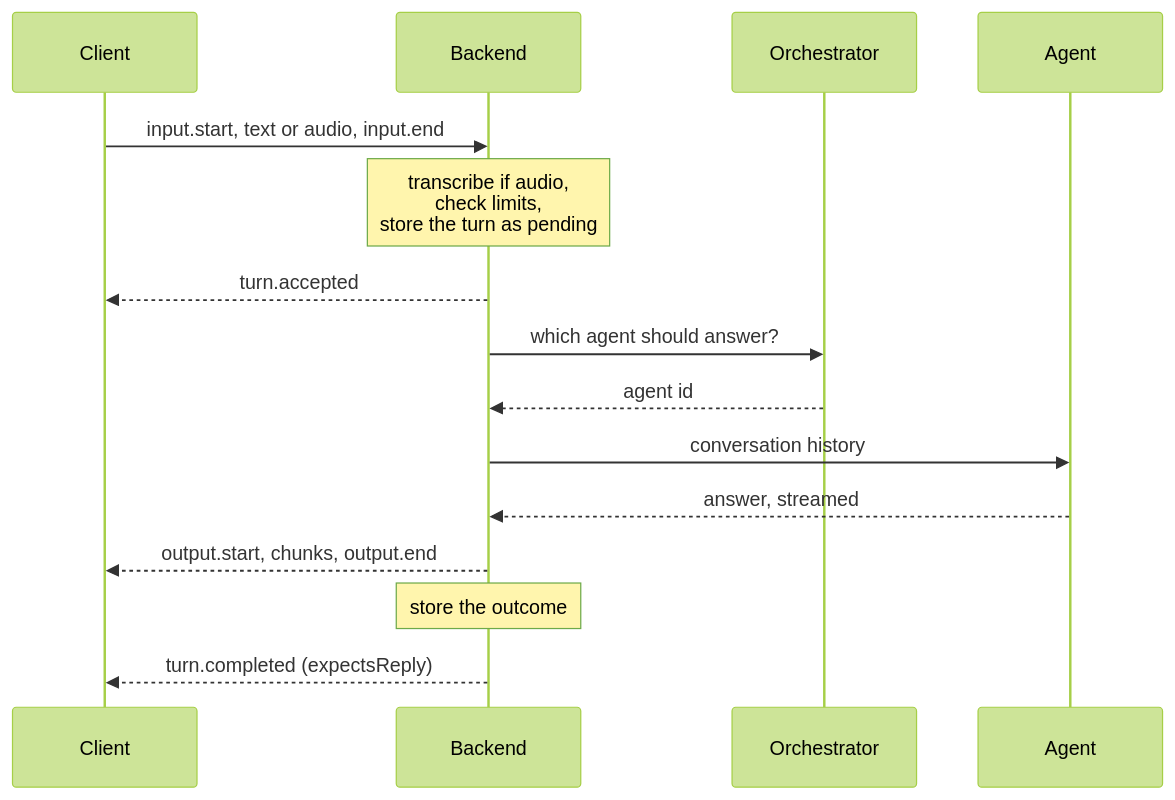
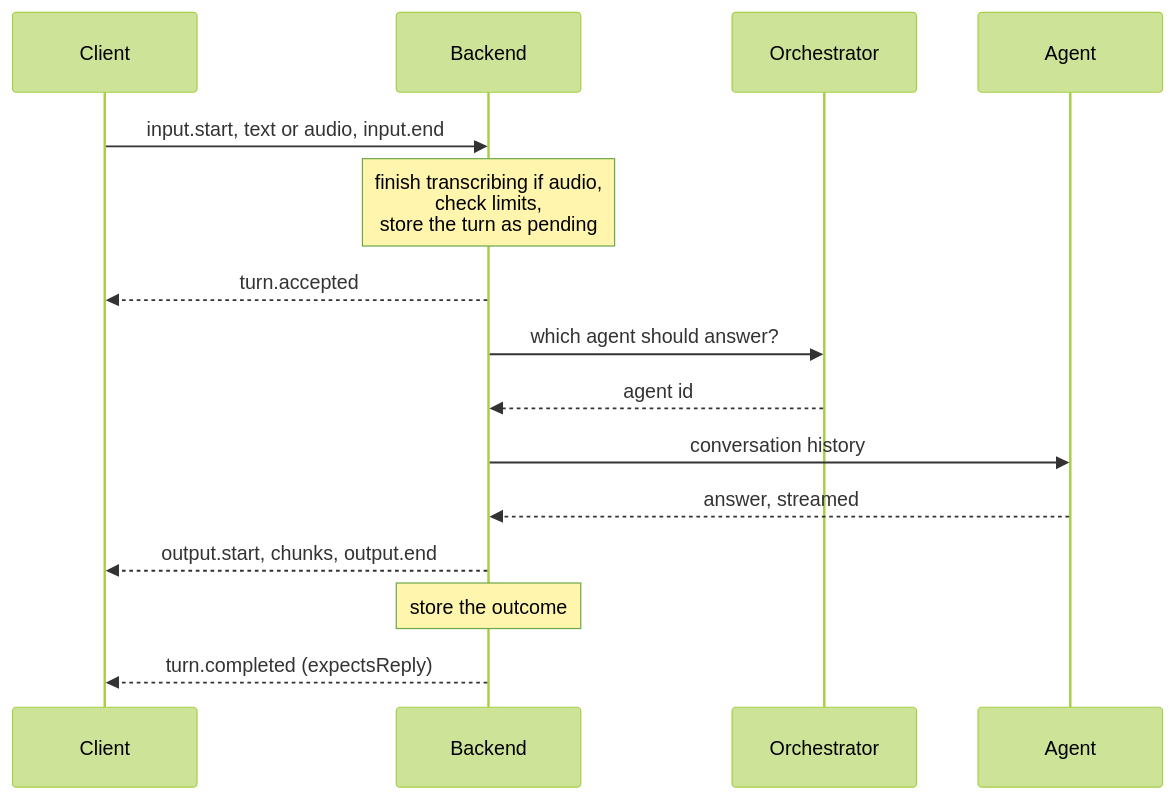
One commit to ambrogio-app/ambrogio-docs changed the diagram in src/content/docs/explanation/turns.md. Above: the diagram before and after it, drawn with Mermaid (forest theme). The commit also changed 14 other files, not shown here.

````diff
--- a/src/content/docs/explanation/turns.md
+++ b/src/content/docs/explanation/turns.md
@@ -12,17 +12,17 @@
 ```mermaid
 sequenceDiagram
     participant C as Client
     participant B as Backend
     participant O as Orchestrator
     participant A as Agent
     C->>B: input.start, text or audio, input.end
-    Note over B: transcribe if audio,<br/>check limits,<br/>store the turn as pending
+    Note over B: finish transcribing if audio,<br/>check limits,<br/>store the turn as pending
     B-->>C: turn.accepted
     B->>O: which agent should answer?
     O-->>B: agent id
     B->>A: conversation history
     A-->>B: answer, streamed
     B-->>C: output.start, chunks, output.end
     Note over B: store the outcome
     B-->>C: turn.completed (expectsReply)
 ```
````
